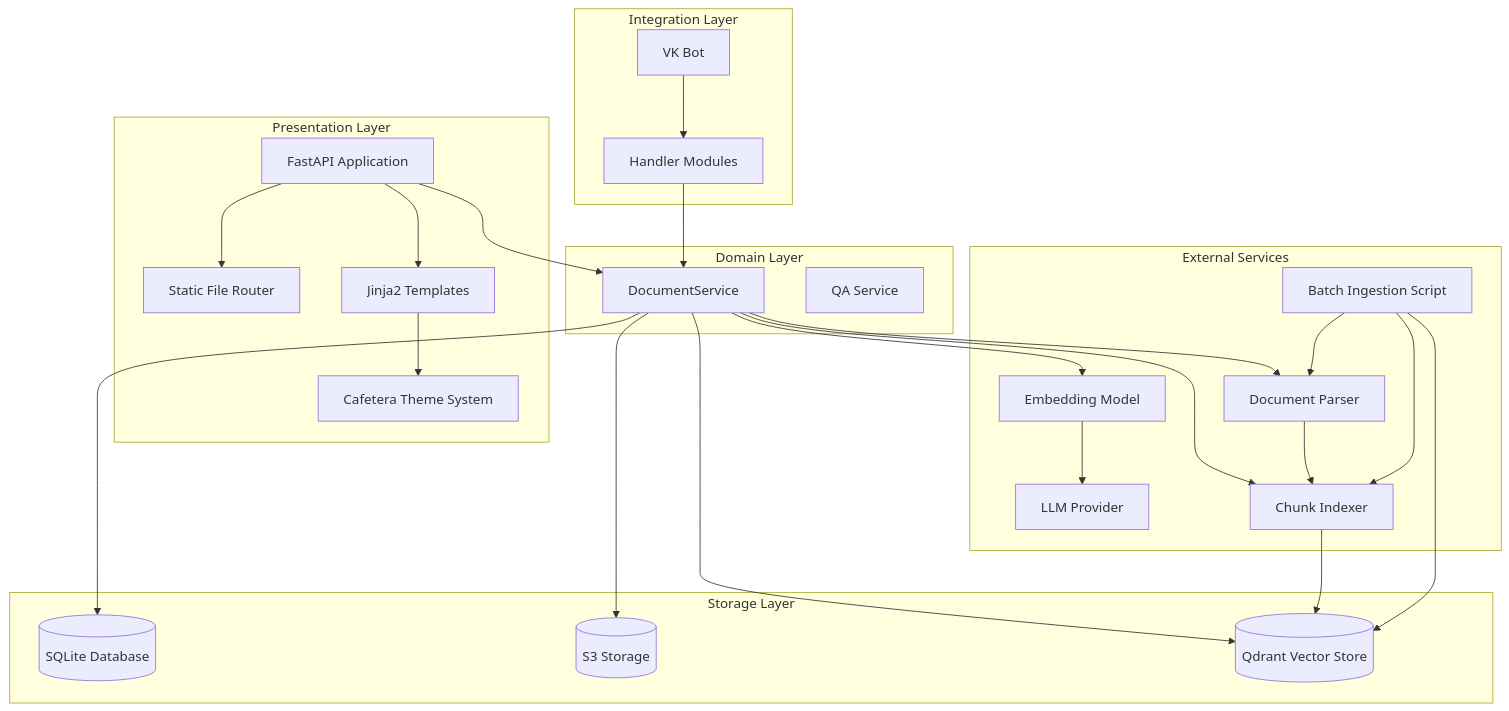
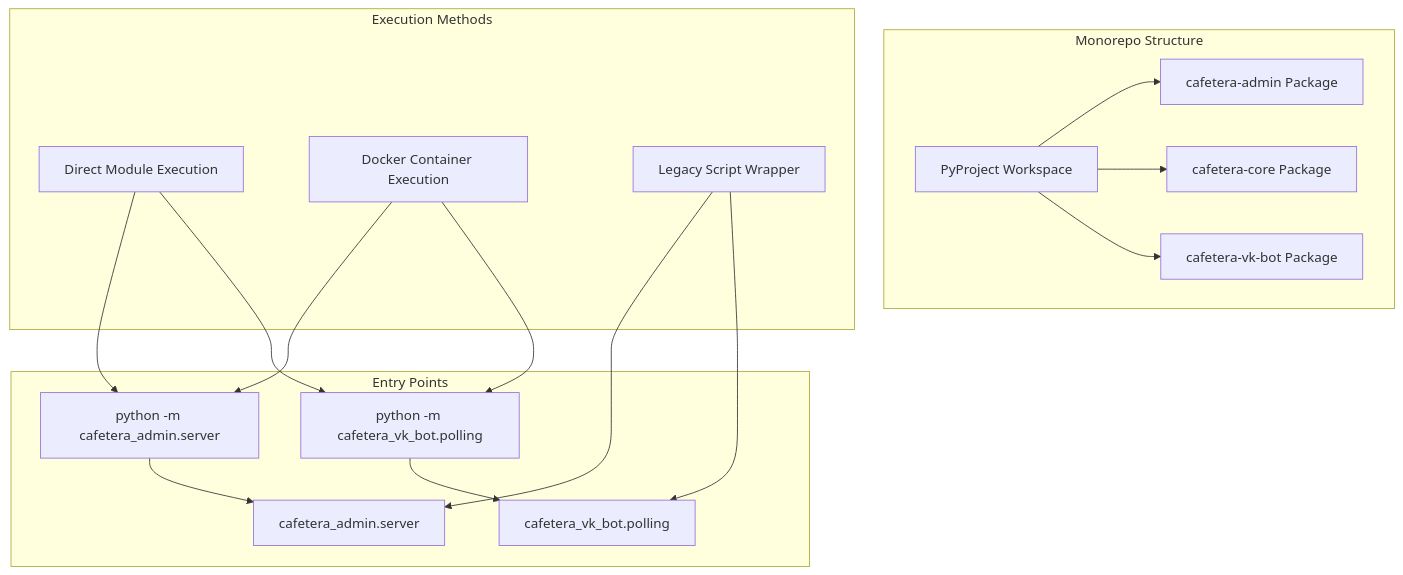
One commit to ognelis/cafetera_hr_bot changed the first of 2 diagrams in .qoder/repowiki/en/content/Development Workflow/Main Application Entry Point.md. Above: the diagram before and after it, drawn with Mermaid. The commit also changed other lines of this file and 139 other files, not shown here.

````diff
--- a/.qoder/repowiki/en/content/Development Workflow/Main Application Entry Point.md
+++ b/.qoder/repowiki/en/content/Development Workflow/Main Application Entry Point.md
@@ -64,47 +49,31 @@
 ```mermaid
 graph TB
-subgraph "Presentation Layer"
-API[FastAPI Application]
-Static[Static File Router]
-Templates[Jinja2 Templates]
-Theme[Cafetera Theme System]
+subgraph "Monorepo Structure"
+AdminPkg[cafetera-admin Package]
+CorePkg[cafetera-core Package]
+VkBotPkg[cafetera-vk-bot Package]
+Workspace[PyProject Workspace]
 end
-subgraph "Domain Layer"
-DocService[DocumentService]
-QAService[QA Service]
+subgraph "Execution Methods"
+DirectExec[Direct Module Execution]
+DockerExec[Docker Container Execution]
+ScriptWrapper[Legacy Script Wrapper]
 end
-subgraph "Integration Layer"
-VKBot[VK Bot]
-Handlers[Handler Modules]
+subgraph "Entry Points"
+AdminServer[python -m cafetera_admin.server]
+VkPolling[python -m cafetera_vk_bot.polling]
+AdminModule[cafetera_admin.server]
+VkModule[cafetera_vk_bot.polling]
 end
-subgraph "Storage Layer"
-SQLite[(SQLite Database)]
-S3[(S3 Storage)]
-Qdrant[(Qdrant Vector Store)]
-end
-subgraph "External Services"
-LLM[LLM Provider]
-Embeddings[Embedding Model]
-Parser[Document Parser]
-Indexer[Chunk Indexer]
-Ingestion[Batch Ingestion Script]
-end
-API --> DocService
-API --> Static
-API --> Templates
-Templates --> Theme
-DocService --> SQLite
-DocService --> S3
-DocService --> Qdrant
-DocService --> Embeddings
-DocService --> Parser
-DocService --> Indexer
-Embeddings --> LLM
-Parser --> Indexer
-Indexer --> Qdrant
-Ingestion --> Parser
-Ingestion --> Indexer
-Ingestion --> Qdrant
-VKBot --> Handlers
-Handlers --> DocService
+Workspace --> AdminPkg
+Workspace --> CorePkg
+Workspace --> VkBotPkg
+DirectExec --> AdminServer
+DirectExec --> VkPolling
+DockerExec --> AdminServer
+DockerExec --> VkPolling
+ScriptWrapper --> AdminModule
+ScriptWrapper --> VkModule
+AdminServer --> AdminModule
+VkPolling --> VkModule
 ```
````
